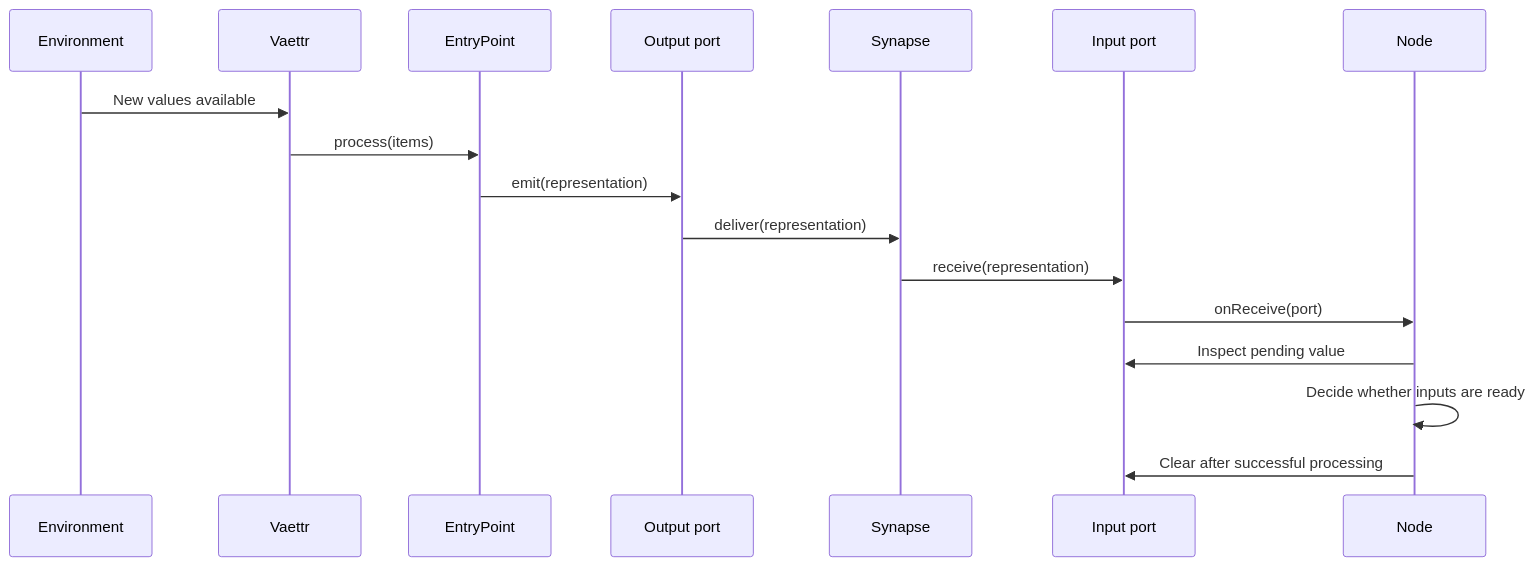
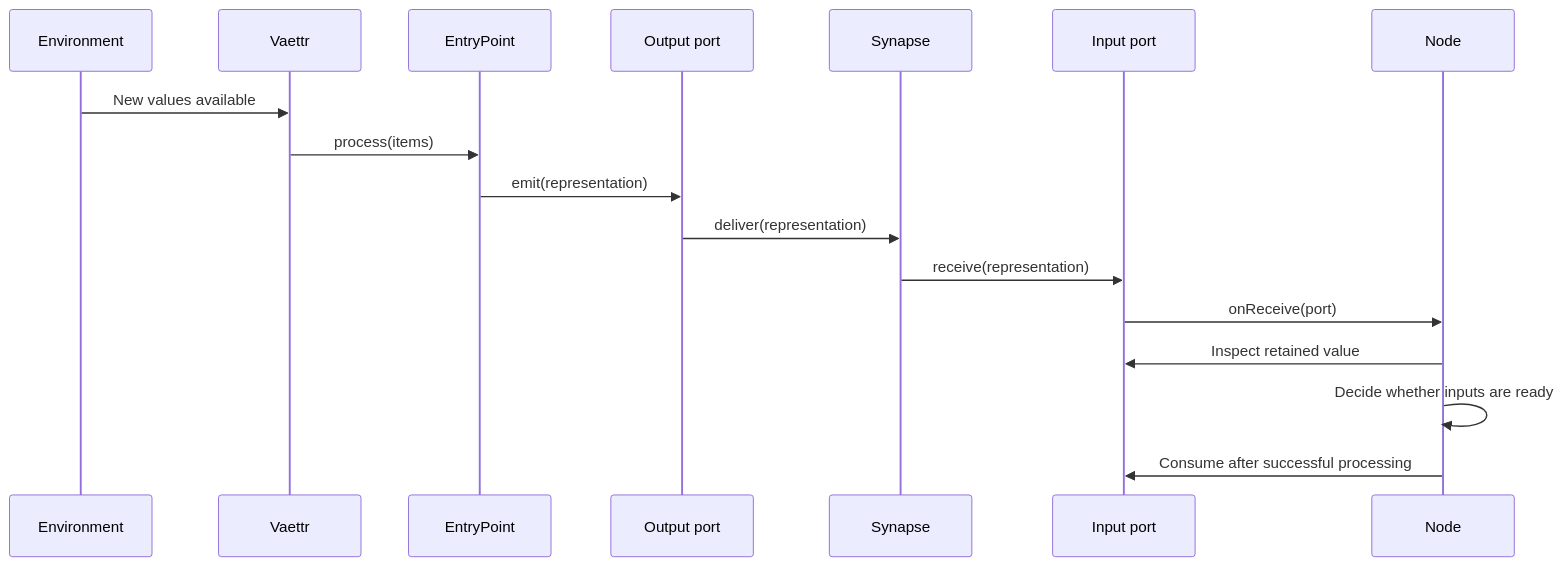
One commit to skasti/skyn-vaettr changed the second of 3 diagrams in docs/topology.md. Above: the diagram before and after it, drawn with Mermaid. The commit also changed other lines of this file and 3 other files, not shown here.

````diff
--- a/docs/topology.md
+++ b/docs/topology.md
@@ -91,19 +76,19 @@
 ```mermaid
 sequenceDiagram
     participant E as Environment 
     participant V as Vaettr 
     participant P as EntryPoint 
     participant O as Output port 
     participant S as Synapse 
     participant I as Input port 
     participant N as Node
     E->>V: New values available
     V->>P: process(items)
     P->>O: emit(representation)
     O->>S: deliver(representation)
     S->>I: receive(representation)
     I->>N: onReceive(port)
-    N->>I: Inspect pending value
+    N->>I: Inspect retained value
     N->>N: Decide whether inputs are ready
-    N->>I: Clear after successful processing
+    N->>I: Consume after successful processing
 ```
````
